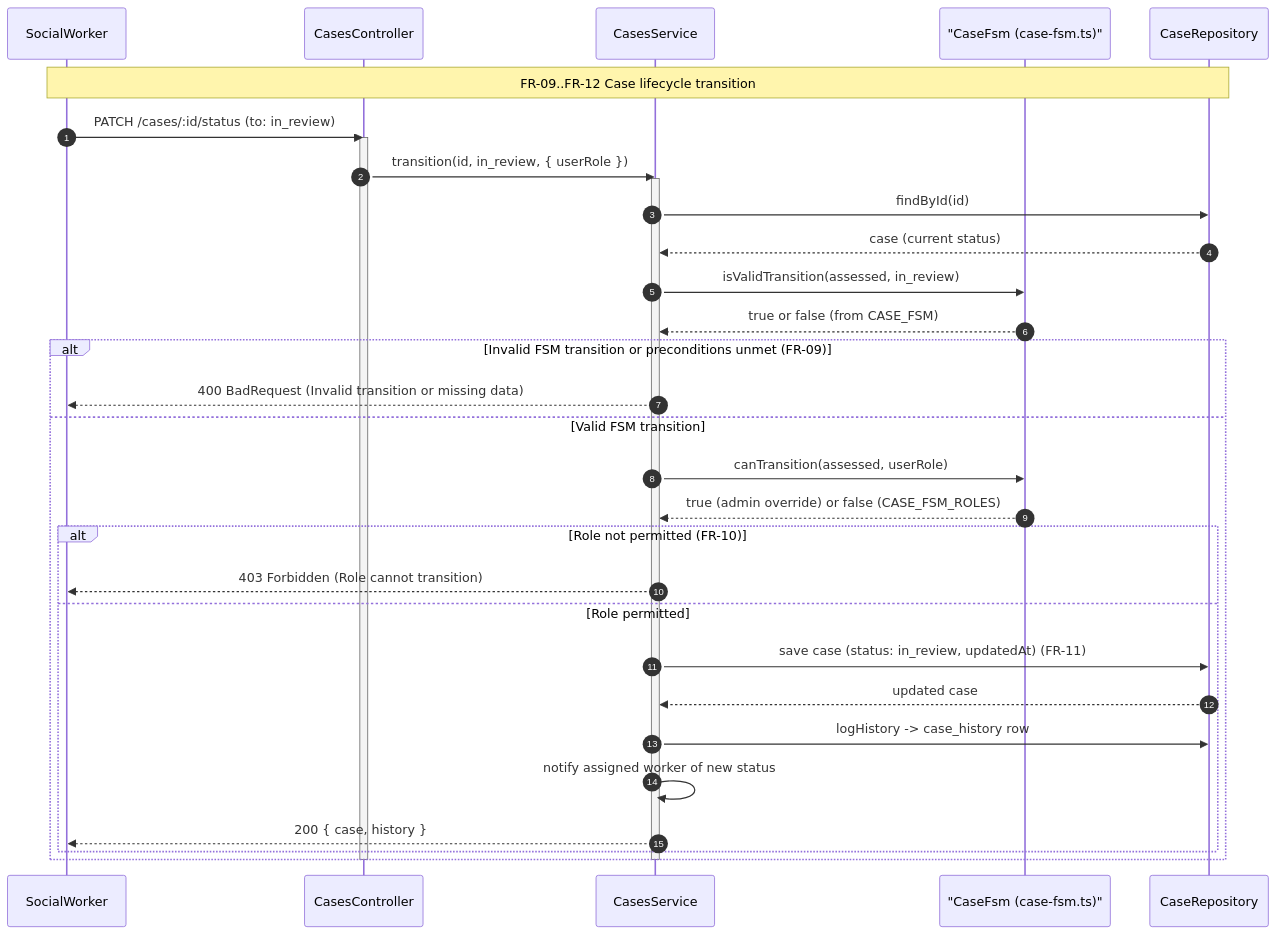
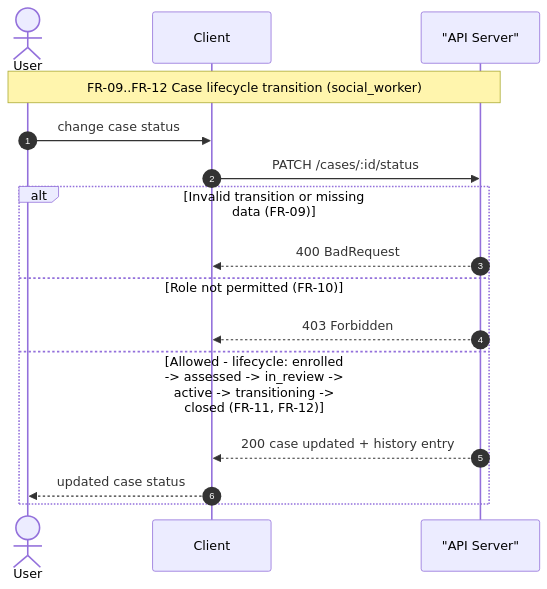
Before and after one commit to urlsalimbot/THESIS1-KAPWA: the third of 4 diagrams in docs/diagrams/03-sequence-diagram.md, drawn with Mermaid. The commit also changed other lines of this file and 6 other files, not shown here.

Commit message:
docs: add AWS deployment + role-matrix guides, refresh diagrams

````diff
--- a/docs/diagrams/03-sequence-diagram.md
+++ b/docs/diagrams/03-sequence-diagram.md
@@ -135,36 +91,19 @@
 ```mermaid
 sequenceDiagram
     autonumber
-    participant SocialWorker
-    participant CasesController
-    participant CasesService
-    participant CaseFsm as "CaseFsm (case-fsm.ts)"
-    participant CaseRepository
+    actor User
+    participant Client
+    participant Server as "API Server"
 
-    Note over SocialWorker,CaseRepository: FR-09..FR-12 Case lifecycle transition
-    SocialWorker->>CasesController: PATCH /cases/:id/status (to: in_review)
-    activate CasesController
-    CasesController->>CasesService: transition(id, in_review, { userRole })
-    activate CasesService
-    CasesService->>CaseRepository: findById(id)
-    CaseRepository-->>CasesService: case (current status)
-    CasesService->>CaseFsm: isValidTransition(assessed, in_review)
-    CaseFsm-->>CasesService: true or false (from CASE_FSM)
-    alt Invalid FSM transition or preconditions unmet (FR-09)
-        CasesService-->>SocialWorker: 400 BadRequest (Invalid transition or missing data)
-    else Valid FSM transition
-        CasesService->>CaseFsm: canTransition(assessed, userRole)
-        CaseFsm-->>CasesService: true (admin override) or false (CASE_FSM_ROLES)
-        alt Role not permitted (FR-10)
-            CasesService-->>SocialWorker: 403 Forbidden (Role cannot transition)
-        else Role permitted
-            CasesService->>CaseRepository: save case (status: in_review, updatedAt) (FR-11)
-            CaseRepository-->>CasesService: updated case
-            CasesService->>CaseRepository: logHistory -> case_history row
-            CasesService->>CasesService: notify assigned worker of new status
-            CasesService-->>SocialWorker: 200 { case, history }
-        end
+    Note over User,Server: FR-09..FR-12 Case lifecycle transition (social_worker)
+    User->>Client: change case status
+    Client->>Server: PATCH /cases/:id/status
+    alt Invalid transition or missing data (FR-09)
+        Server-->>Client: 400 BadRequest
+    else Role not permitted (FR-10)
+        Server-->>Client: 403 Forbidden
+    else Allowed - lifecycle: enrolled -> assessed -> in_review -> active -> transitioning -> closed (FR-11, FR-12)
+        Server-->>Client: 200 case updated + history entry
+        Client-->>User: updated case status
     end
-    deactivate CasesService
-    deactivate CasesController
 ```
````
